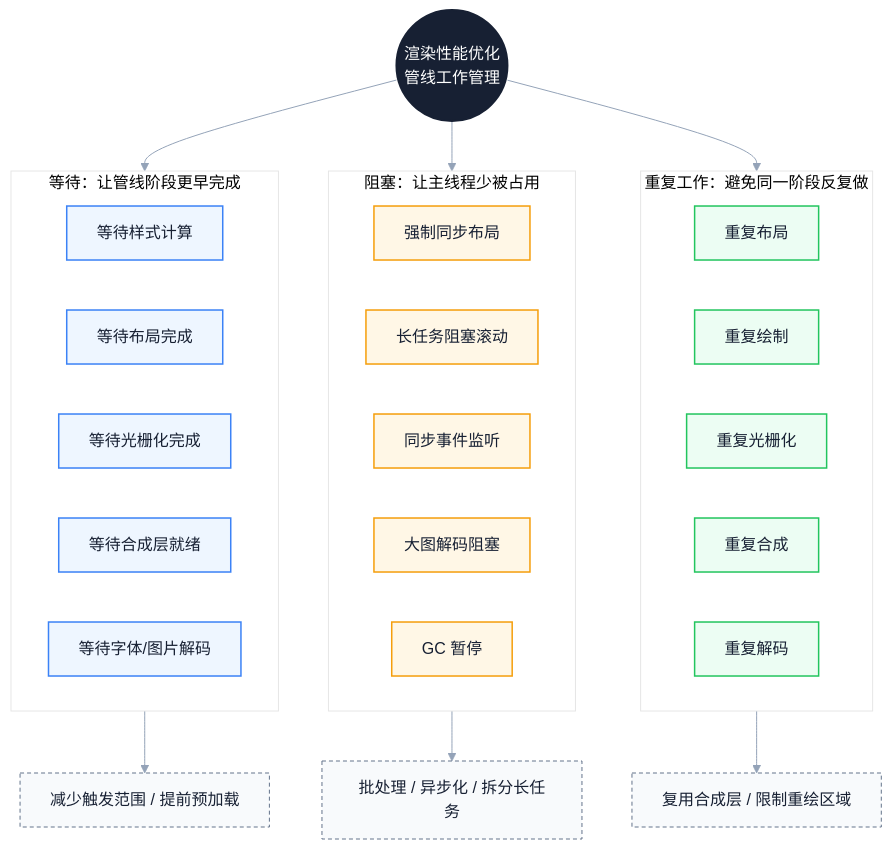
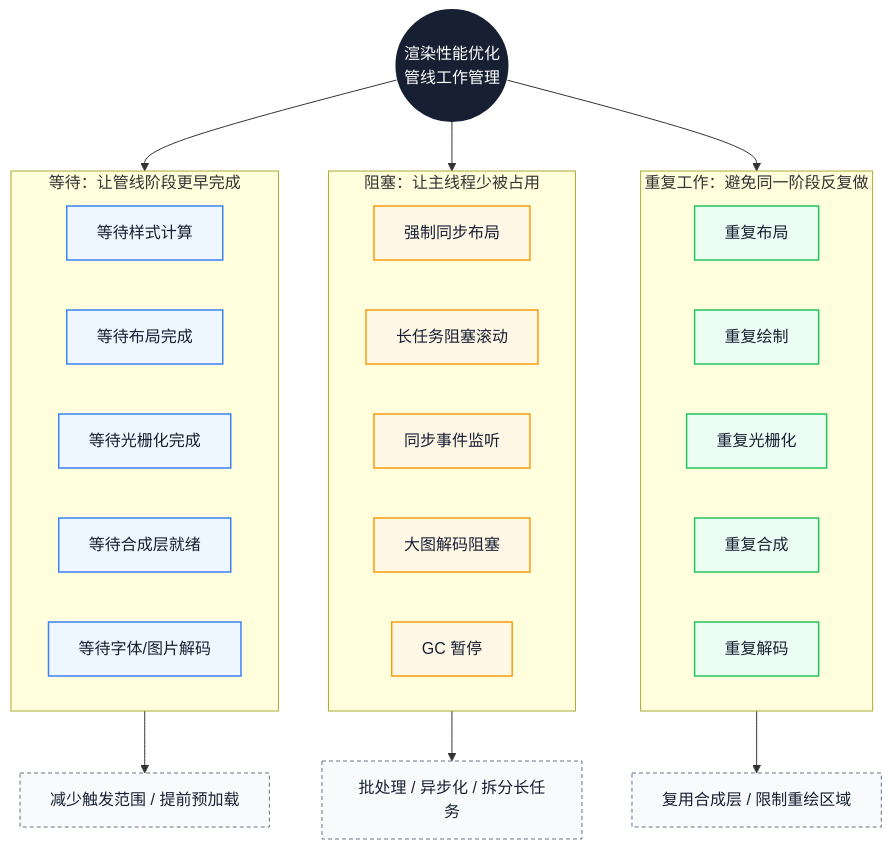
One commit to Fatejian/frontier-vault changed the third of 3 diagrams in docs/performance/rendering-pitfalls.md. Above: the diagram before and after it, drawn with Mermaid. The commit also changed other lines of this file and 37 other files, not shown here.

````diff
--- a/docs/performance/rendering-pitfalls.md
+++ b/docs/performance/rendering-pitfalls.md
@@ -751,49 +752,49 @@
 ```mermaid
-%%{init: {'theme': 'base', 'themeVariables': { 'fontFamily': 'Inter, PingFang SC, Microsoft YaHei, sans-serif', 'primaryColor': '#FFFFFF', 'primaryTextColor': '#172033', 'primaryBorderColor': '#CBD5E1', 'lineColor': '#94A3B8'}}}%%
+%%{init: {'theme': 'base', 'themeVariables': { 'fontFamily': 'Inter, PingFang SC, Microsoft YaHei, sans-serif', 'primaryColor': '#FFFFFF', 'primaryTextColor': '#172033', 'primaryBorderColor': '#CBD5E1', 'lineColor': '#94A3B8, 'fontSize': '13px'}}}%%
 flowchart TB
     Core((渲染性能优化<br/>管线工作管理))
 
     subgraph Wait["等待：让管线阶段更早完成"]
         W1[等待样式计算]
         W2[等待布局完成]
         W3[等待光栅化完成]
         W4[等待合成层就绪]
         W5[等待字体/图片解码]
     end
 
     subgraph Block[阻塞：让主线程少被占用]
         B1[强制同步布局]
         B2[长任务阻塞滚动]
         B3[同步事件监听]
         B4[大图解码阻塞]
         B5[GC 暂停]
     end
 
     subgraph Repeat["重复工作：避免同一阶段反复做"]
         R1[重复布局]
         R2[重复绘制]
         R3[重复光栅化]
         R4[重复合成]
         R5[重复解码]
     end
 
     Core --> Wait
     Core --> Block
     Core --> Repeat
 
     Wait --> Strategy1[减少触发范围 / 提前预加载]
     Block --> Strategy2[批处理 / 异步化 / 拆分长任务]
     Repeat --> Strategy3[复用合成层 / 限制重绘区域]
 
     classDef core fill:#172033,color:#fff,stroke:#172033,stroke-width:2px;
     classDef wait fill:#EEF6FF,stroke:#3B82F6,color:#172033,stroke-width:1.5px;
     classDef block fill:#FFF7E6,stroke:#F59E0B,color:#172033,stroke-width:1.5px;
     classDef repeat fill:#ECFDF3,stroke:#22C55E,color:#172033,stroke-width:1.5px;
     classDef strategy fill:#F8FAFC,stroke:#64748B,color:#172033,stroke-dasharray: 4 3;
 
     class Core core;
     class W1,W2,W3,W4,W5 wait;
     class B1,B2,B3,B4,B5 block;
     class R1,R2,R3,R4,R5 repeat;
     class Strategy1,Strategy2,Strategy3 strategy;
 ```
````
